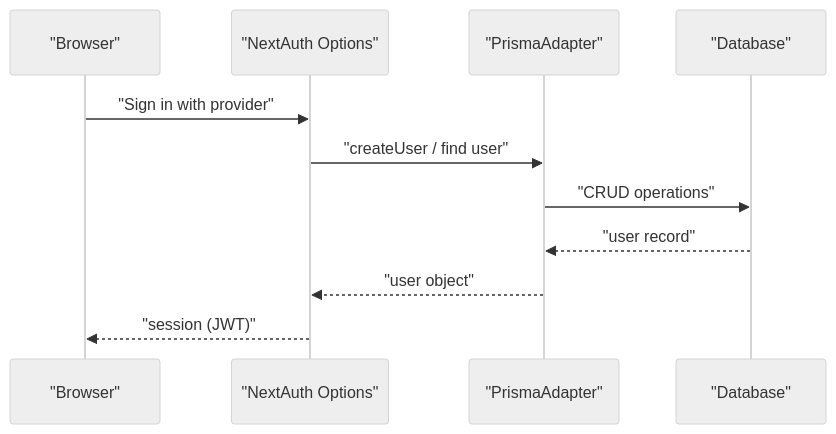
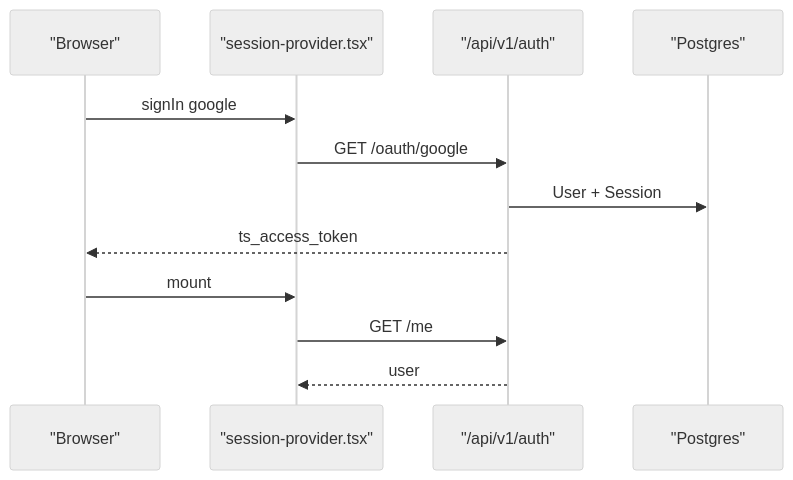
The fourth of 9 diagrams in src/data/docs/talentsync/Frontend Application/State Management/State Management.md (tashifkhan/tashif.codes), drawn with Mermaid (neutral theme) before and after one commit. The commit also changed other lines of this file and 2128 other files, not shown here.

First line of the commit message:
docs: replace raster diagram images with native Mermaid across project guides

````diff
--- a/src/data/docs/talentsync/Frontend Application/State Management/State Management.md
+++ b/src/data/docs/talentsync/Frontend Application/State Management/State Management.md
@@ -112,13 +105,14 @@
 ```mermaid
 sequenceDiagram
 participant Client as "Browser"
-participant NextAuth as "NextAuth Options"
-participant Adapter as "PrismaAdapter"
-participant DB as "Database"
-Client->>NextAuth : "Sign in with provider"
-NextAuth->>Adapter : "createUser / find user"
-Adapter->>DB : "CRUD operations"
-DB-->>Adapter : "user record"
-Adapter-->>NextAuth : "user object"
-NextAuth-->>Client : "session (JWT)"
+participant SP as "session-provider.tsx"
+participant Auth as "/api/v1/auth"
+participant DB as "Postgres"
+Client->>SP : signIn google
+SP->>Auth : GET /oauth/google
+Auth->>DB : User + Session
+Auth-->>Client : ts_access_token
+Client->>SP : mount
+SP->>Auth : GET /me
+Auth-->>SP : user
 ```
````
